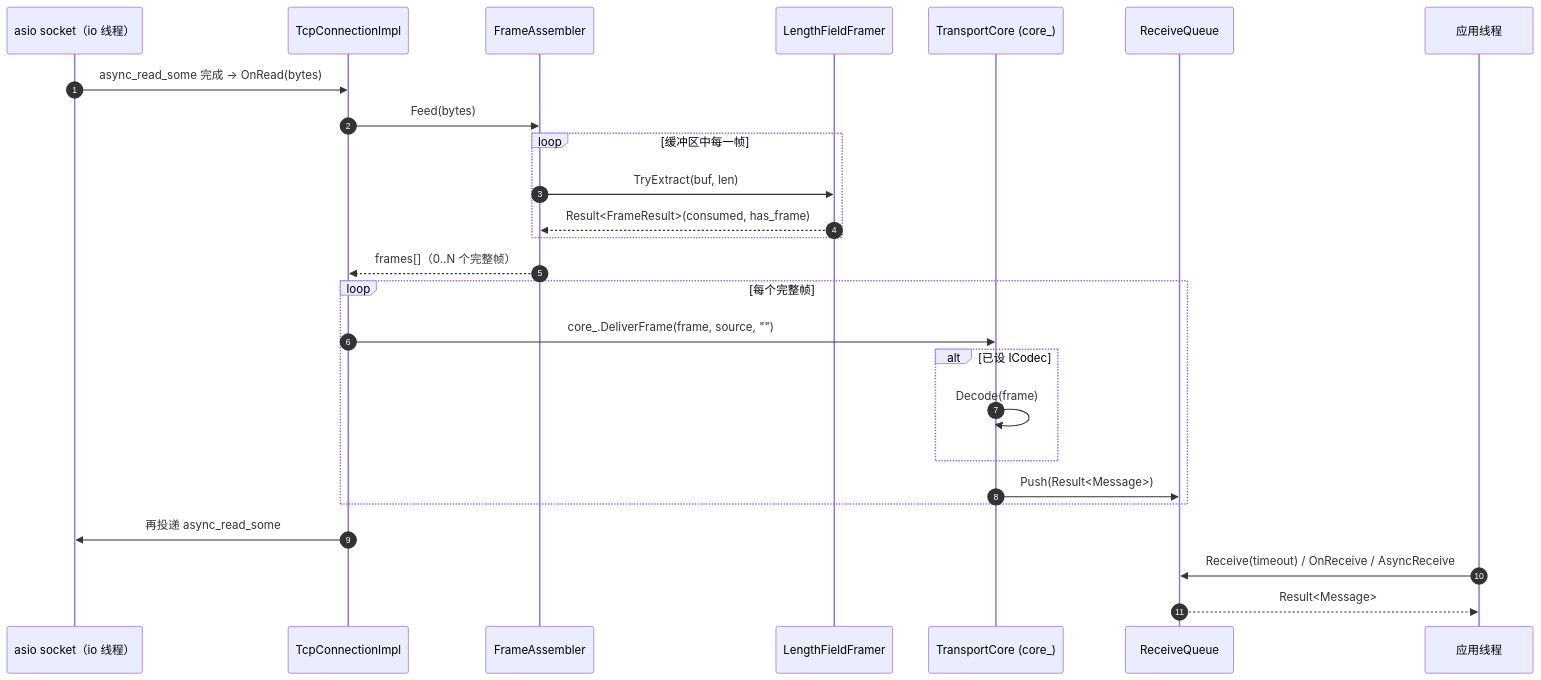
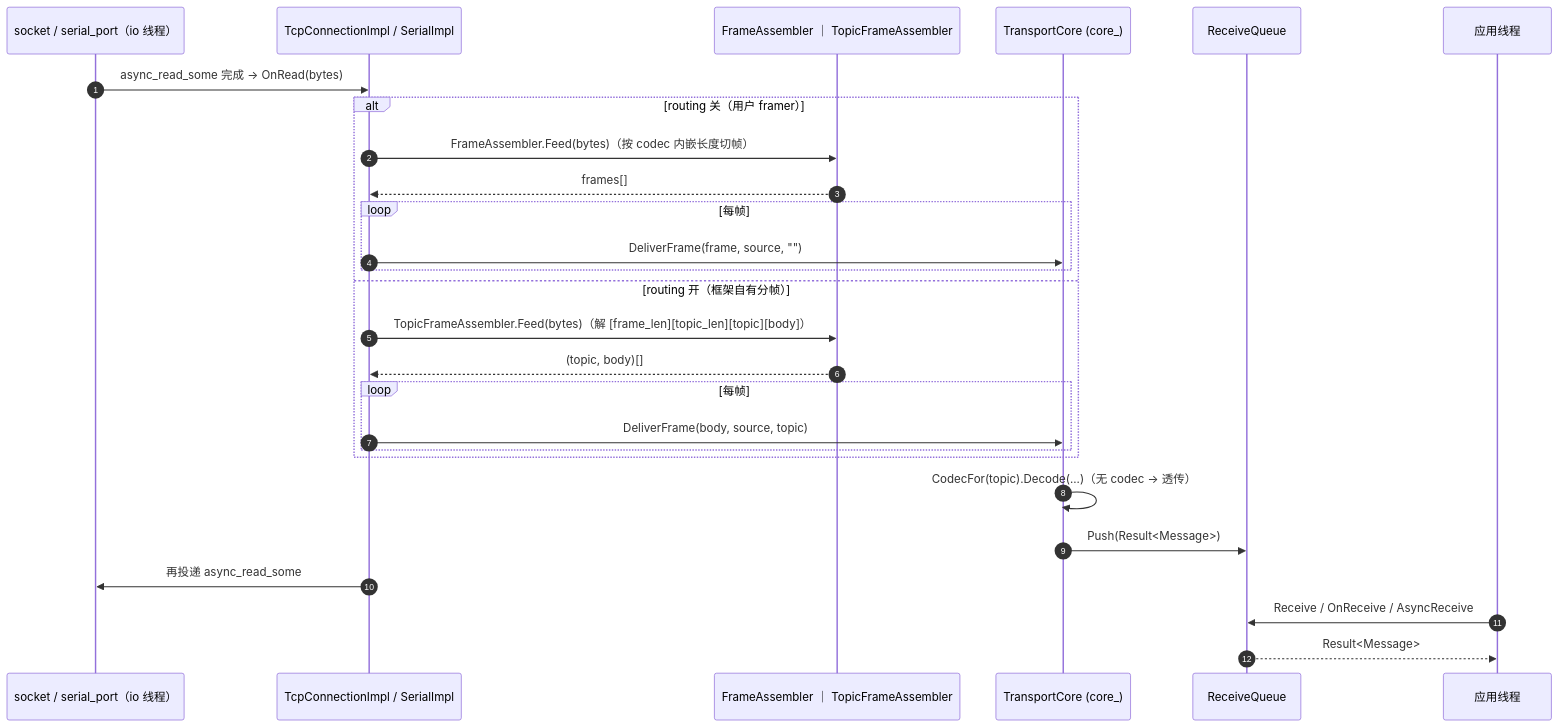
The fourth of 6 diagrams in docs/superpowers/specs/2026-06-10-foundation-tcp-architecture.md (Ste7an-cs/Transport), drawn with Mermaid before and after one commit. The commit also changed other lines of this file, not shown here.

Commit message:
docs: as-built 架构总结版更新——§3 运行期协作覆盖四传输收发(发送统一/流式接收/报文接收/DDS+req-resp);修正类图(Send(Message)/删 IDds Send(data,topic)/TransportCore 成员名)+补 StreamSend

````diff
--- a/docs/superpowers/specs/2026-06-10-foundation-tcp-architecture.md
+++ b/docs/superpowers/specs/2026-06-10-foundation-tcp-architecture.md
@@ -270,30 +308,30 @@
 ```mermaid
 sequenceDiagram
   autonumber
-  participant Sock as asio socket（io 线程）
-  participant Conn as TcpConnectionImpl
-  participant FA as FrameAssembler
-  participant FR as LengthFieldFramer
+  participant Sock as socket / serial_port（io 线程）
+  participant Conn as TcpConnectionImpl / SerialImpl
+  participant FA as FrameAssembler ｜ TopicFrameAssembler
   participant Core as TransportCore (core_)
   participant Q as ReceiveQueue
   participant App as 应用线程
 
   Sock->>Conn: async_read_some 完成 → OnRead(bytes)
-  Conn->>FA: Feed(bytes)
-  loop 缓冲区中每一帧
-    FA->>FR: TryExtract(buf, len)
-    FR-->>FA: Result<FrameResult>(consumed, has_frame)
+  alt routing 关（用户 framer）
+    Conn->>FA: FrameAssembler.Feed(bytes)（按 codec 内嵌长度切帧）
+    FA-->>Conn: frames[]
+    loop 每帧
+      Conn->>Core: DeliverFrame(frame, source, "")
+    end
+  else routing 开（框架自有分帧）
+    Conn->>FA: TopicFrameAssembler.Feed(bytes)（解 [frame_len][topic_len][topic][body]）
+    FA-->>Conn: (topic, body)[]
+    loop 每帧
+      Conn->>Core: DeliverFrame(body, source, topic)
+    end
   end
-  FA-->>Conn: frames[]（0..N 个完整帧）
-  loop 每个完整帧
-    Conn->>Core: core_.DeliverFrame(frame, source, "")
-    alt 已设 ICodec
-      Core->>Core: Decode(frame)
-    end
-    Core->>Q: Push(Result<Message>)
-  end
+  Core->>Core: CodecFor(topic).Decode(...)（无 codec → 透传）
+  Core->>Q: Push(Result<Message>)
   Conn->>Sock: 再投递 async_read_some
-
-  App->>Q: Receive(timeout) / OnReceive / AsyncReceive
+  App->>Q: Receive / OnReceive / AsyncReceive
   Q-->>App: Result<Message>
 ```
````
